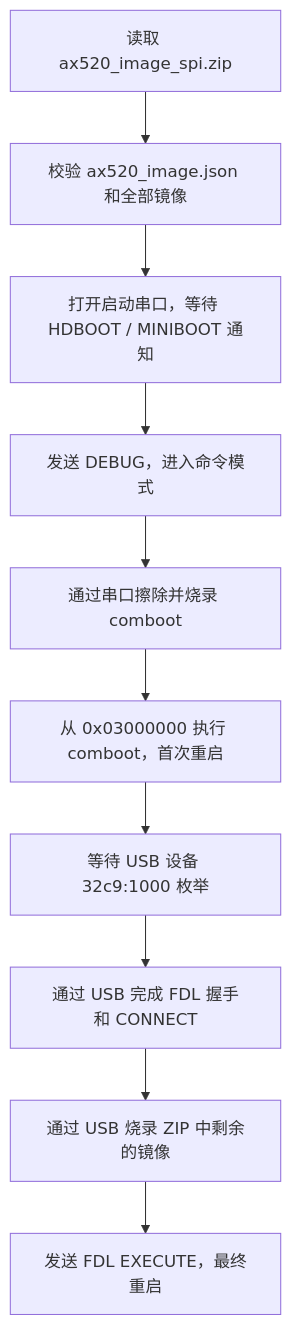
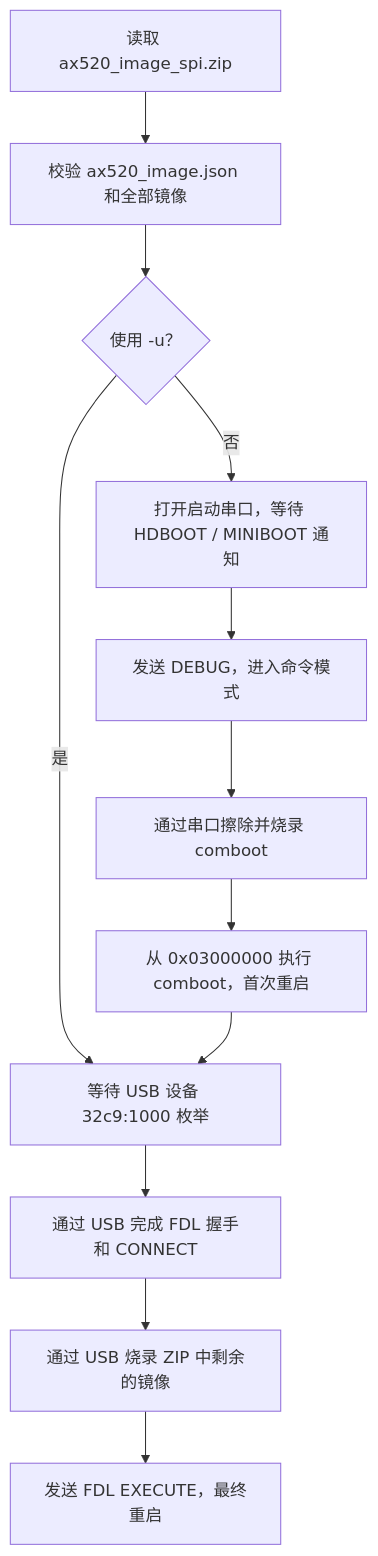
The first of 2 diagrams in README.md (dianjixz/ax520_usb_update), drawn with Mermaid before and after one commit. The commit also changed other lines of this file and 5 other files, not shown here.

````diff
--- a/README.md
+++ b/README.md
@@ -29,12 +38,14 @@
 ```mermaid
 flowchart TD
     A["读取 ax520_image_spi.zip"] --> B["校验 ax520_image.json 和全部镜像"]
-    B --> C["打开启动串口，等待 HDBOOT / MINIBOOT 通知"]
+    B --> U{"使用 -u？"}
+    U -- 否 --> C["打开启动串口，等待 HDBOOT / MINIBOOT 通知"]
+    U -- 是 --> G["等待 USB 设备 32c9:1000 枚举"]
     C --> D["发送 DEBUG，进入命令模式"]
     D --> E["通过串口擦除并烧录 comboot"]
     E --> F["从 0x03000000 执行 comboot，首次重启"]
     F --> G["等待 USB 设备 32c9:1000 枚举"]
     G --> H["通过 USB 完成 FDL 握手和 CONNECT"]
     H --> I["通过 USB 烧录 ZIP 中剩余的镜像"]
     I --> J["发送 FDL EXECUTE，最终重启"]
 ```
````
